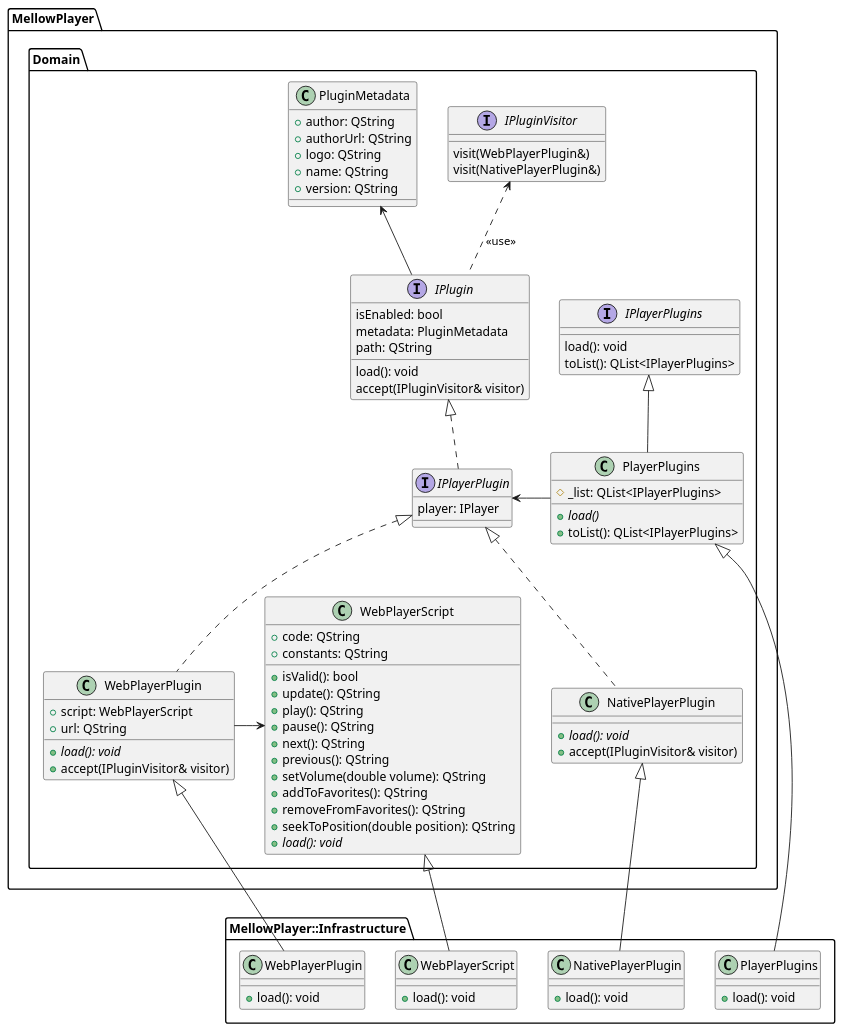
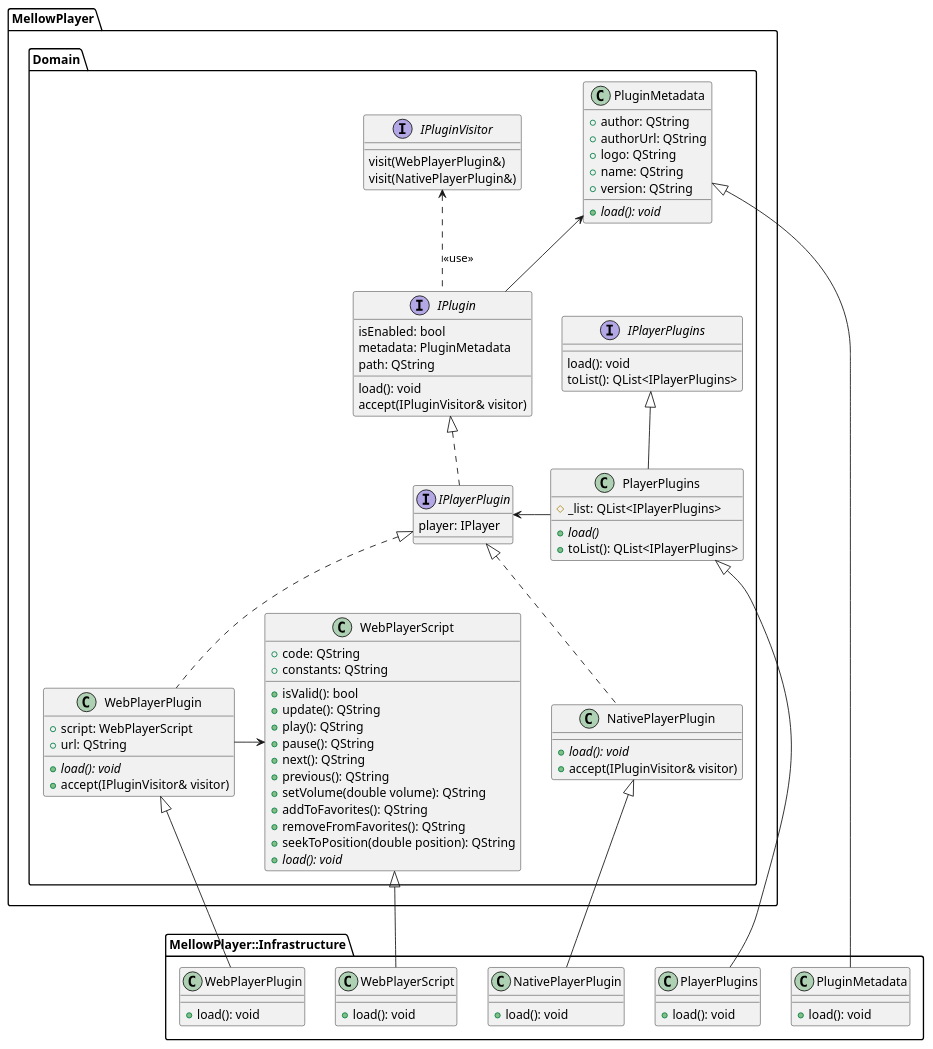
One commit to ColinDuquesnoy/MellowPlayer changed the diagram in docs/developers/PlantUml/version4/Plugins.puml. Above: the diagram before and after it, drawn with PlantUML. The commit also changed 22 other files, not shown here.

```diff
--- a/docs/developers/PlantUml/version4/Plugins.puml
+++ b/docs/developers/PlantUml/version4/Plugins.puml
@@ -1,100 +1,106 @@
 @startuml
 
 namespace MellowPlayer.Domain {
     interface IPluginVisitor {
         visit(WebPlayerPlugin&)
         visit(NativePlayerPlugin&)
     }
 
     interface IPlayerPlugins {
         load(): void
         toList(): QList<IPlayerPlugins>
     }
 
     class PlayerPlugins {
         # _list: QList<IPlayerPlugins>
         + {abstract} load()
         + toList(): QList<IPlayerPlugins>
     }
     IPlayerPlugins <|-- PlayerPlugins
     PlayerPlugins -> IPlayerPlugin
 
     class PluginMetadata {
         + author: QString
         + authorUrl: QString
         + logo: QString
         + name: QString
         + version: QString
+        + {abstract} load(): void
     }
 
     interface IPlugin {
         isEnabled: bool
         metadata: PluginMetadata
         path: QString
         load(): void
         accept(IPluginVisitor& visitor)
     }
     IPlugin -up-> PluginMetadata
     IPlugin .up.> IPluginVisitor: <<use>>
 
     interface IPlayerPlugin {
         player: IPlayer
     }
     IPlugin <|.. IPlayerPlugin
 
     class WebPlayerPlugin {
         + {abstract} load(): void
         + script: WebPlayerScript
         + url: QString
         + accept(IPluginVisitor& visitor)
 
     }
     IPlayerPlugin <|.. WebPlayerPlugin
 
     class WebPlayerScript {
         + code: QString
         + constants: QString
         + isValid(): bool
         + update(): QString
         + play(): QString
         + pause(): QString
         + next(): QString
         + previous(): QString
         + setVolume(double volume): QString
         + addToFavorites(): QString
         + removeFromFavorites(): QString
         + seekToPosition(double position): QString
         + {abstract} load(): void
     }
     WebPlayerPlugin -right-> WebPlayerScript
 
     class NativePlayerPlugin {
         + {abstract} load(): void
         + accept(IPluginVisitor& visitor)
     }
     IPlayerPlugin <|.. NativePlayerPlugin
 }
 
 namespace MellowPlayer::Infrastructure {
     class PlayerPlugins {
         + load(): void
     }
     MellowPlayer.Domain.PlayerPlugins <|-- PlayerPlugins
 
     class WebPlayerPlugin {
         + load(): void
     }
     MellowPlayer.Domain.WebPlayerPlugin <|-- WebPlayerPlugin
 
     class NativePlayerPlugin {
         + load(): void
     }
     MellowPlayer.Domain.NativePlayerPlugin <|-- NativePlayerPlugin
 
     class WebPlayerScript {
         + load(): void
     }
     MellowPlayer.Domain.WebPlayerScript <|-- WebPlayerScript
+
+    class PluginMetadata {
+        + load(): void
+    }
+    MellowPlayer.Domain.PluginMetadata <|-- PluginMetadata
 }
 
 @enduml
```
